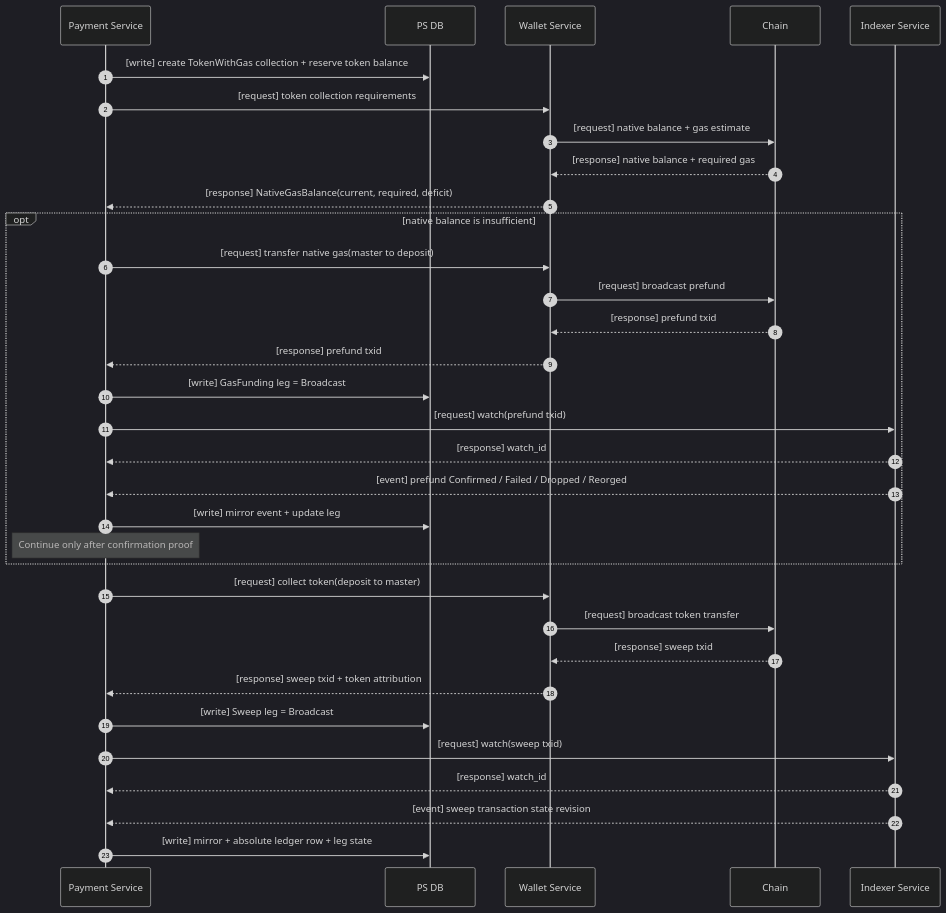
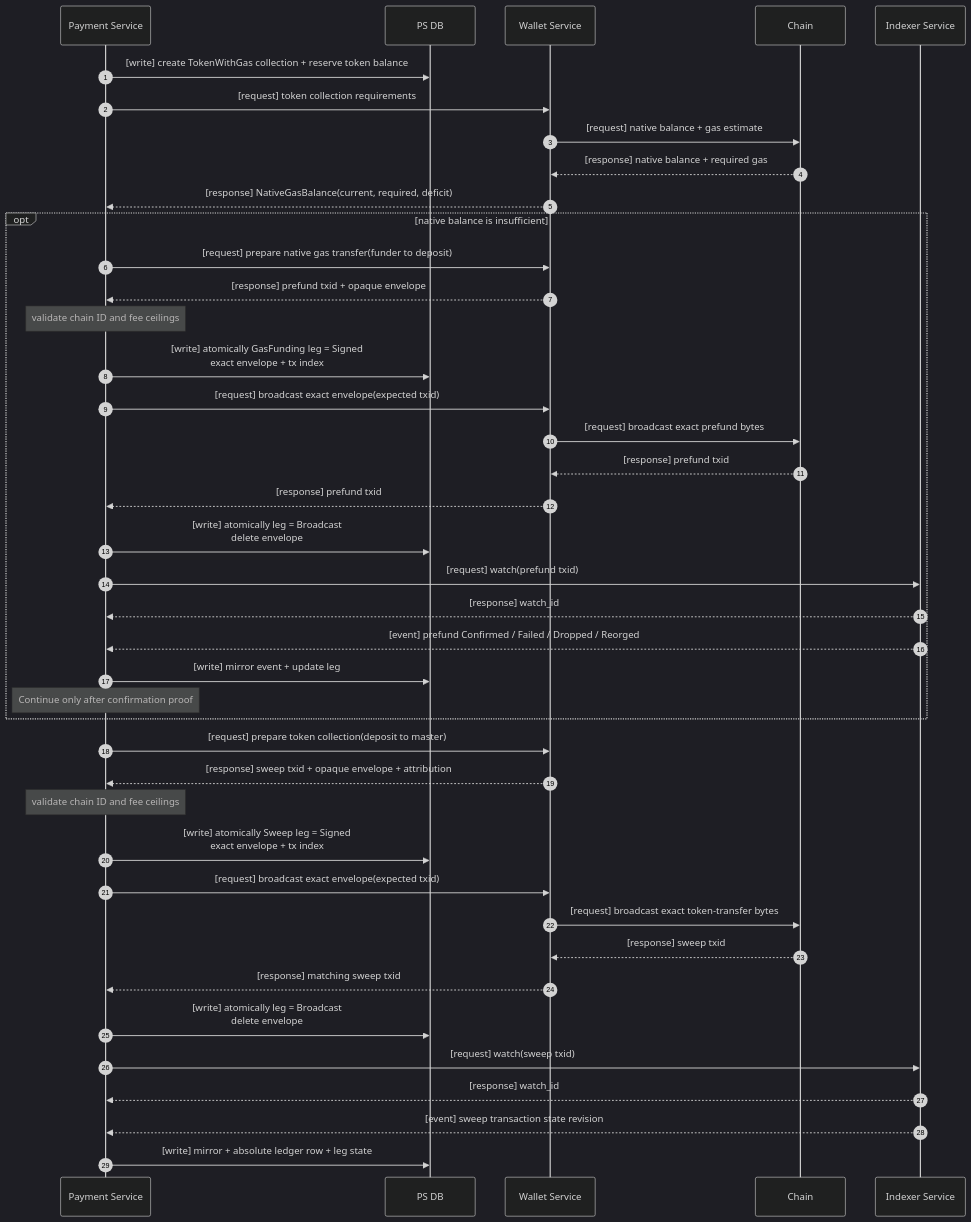
Before and after one commit to achiko/Payment-SDK: diagram 16 of 17 in docs/SYSTEM_REQUIREMENTS.md, drawn with Mermaid (dark theme). The commit also changed other lines of this file and 83 other files, not shown here.

````diff
--- a/docs/SYSTEM_REQUIREMENTS.md
+++ b/docs/SYSTEM_REQUIREMENTS.md
@@ -767,38 +801,46 @@
 ```mermaid
 sequenceDiagram
     autonumber
     participant PS as Payment Service
     participant PSDB as PS DB
     participant WS as Wallet Service
     participant Chain
     participant IX as Indexer Service
 
     PS->>PSDB: [write] create TokenWithGas collection + reserve token balance
     PS->>WS: [request] token collection requirements
     WS->>Chain: [request] native balance + gas estimate
     Chain-->>WS: [response] native balance + required gas
     WS-->>PS: [response] NativeGasBalance(current, required, deficit)
 
     opt native balance is insufficient
-        PS->>WS: [request] transfer native gas(master to deposit)
-        WS->>Chain: [request] broadcast prefund
+        PS->>WS: [request] prepare native gas transfer(funder to deposit)
+        WS-->>PS: [response] prefund txid + opaque envelope
+        Note over PS: validate chain ID and fee ceilings
+        PS->>PSDB: [write] atomically GasFunding leg = Signed<br/>exact envelope + tx index
+        PS->>WS: [request] broadcast exact envelope(expected txid)
+        WS->>Chain: [request] broadcast exact prefund bytes
         Chain-->>WS: [response] prefund txid
         WS-->>PS: [response] prefund txid
-        PS->>PSDB: [write] GasFunding leg = Broadcast
+        PS->>PSDB: [write] atomically leg = Broadcast<br/>delete envelope
         PS->>IX: [request] watch(prefund txid)
         IX-->>PS: [response] watch_id
         IX-->>PS: [event] prefund Confirmed / Failed / Dropped / Reorged
         PS->>PSDB: [write] mirror event + update leg
         Note over PS: Continue only after confirmation proof
     end
 
-    PS->>WS: [request] collect token(deposit to master)
-    WS->>Chain: [request] broadcast token transfer
+    PS->>WS: [request] prepare token collection(deposit to master)
+    WS-->>PS: [response] sweep txid + opaque envelope + attribution
+    Note over PS: validate chain ID and fee ceilings
+    PS->>PSDB: [write] atomically Sweep leg = Signed<br/>exact envelope + tx index
+    PS->>WS: [request] broadcast exact envelope(expected txid)
+    WS->>Chain: [request] broadcast exact token-transfer bytes
     Chain-->>WS: [response] sweep txid
-    WS-->>PS: [response] sweep txid + token attribution
-    PS->>PSDB: [write] Sweep leg = Broadcast
+    WS-->>PS: [response] matching sweep txid
+    PS->>PSDB: [write] atomically leg = Broadcast<br/>delete envelope
     PS->>IX: [request] watch(sweep txid)
     IX-->>PS: [response] watch_id
     IX-->>PS: [event] sweep transaction state revision
     PS->>PSDB: [write] mirror + absolute ledger row + leg state
 ```
````
